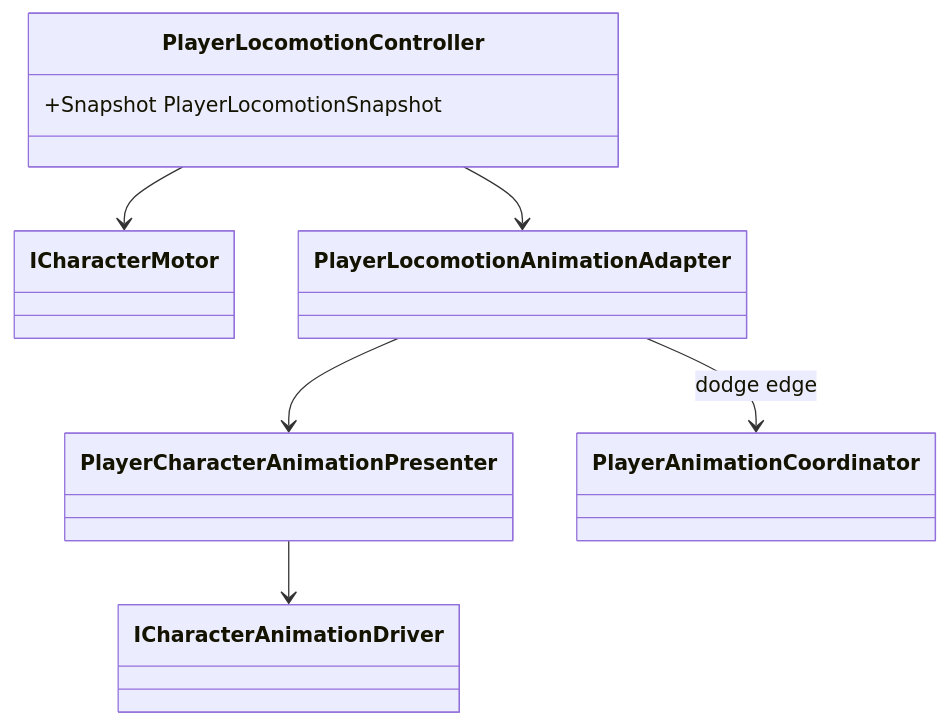
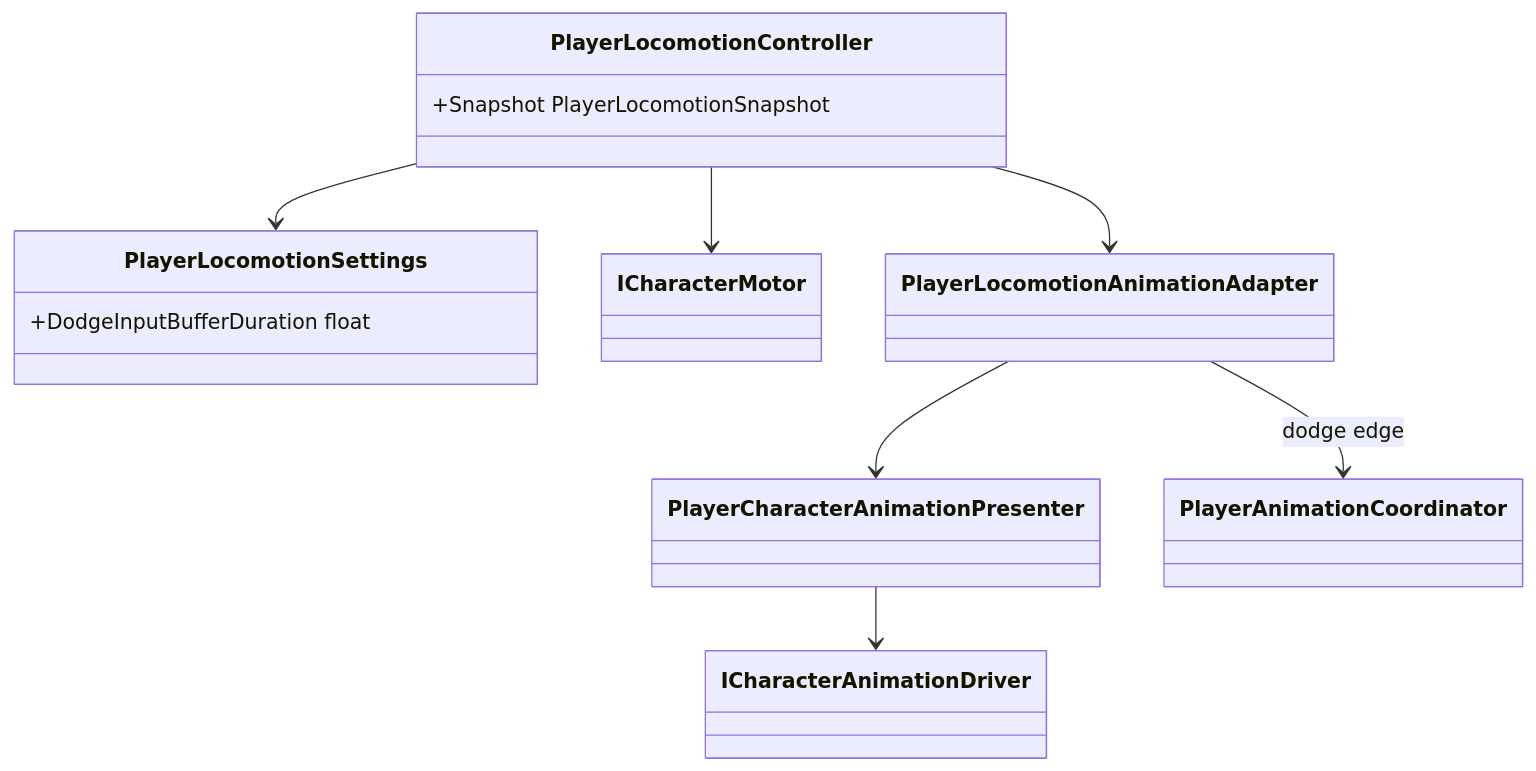
One commit to MaximFonariuc/project-s changed the diagram in Assets/_App/Core/Runtime/Character/Locomotion/README.md. Above: the diagram before and after it, drawn with Mermaid. The commit also changed other lines of this file and 5 other files, not shown here.

Commit message:
feat(locomotion): buffer dodge requests

````diff
--- a/Assets/_App/Core/Runtime/Character/Locomotion/README.md
+++ b/Assets/_App/Core/Runtime/Character/Locomotion/README.md
@@ -6,17 +6,21 @@
 ```mermaid
 classDiagram
     class PlayerLocomotionController {
         +Snapshot PlayerLocomotionSnapshot
+    }
+    class PlayerLocomotionSettings {
+        +DodgeInputBufferDuration float
     }
     class ICharacterMotor
     class PlayerLocomotionAnimationAdapter
     class PlayerCharacterAnimationPresenter
     class PlayerAnimationCoordinator
     class ICharacterAnimationDriver
 
     PlayerLocomotionController --> ICharacterMotor
+    PlayerLocomotionController --> PlayerLocomotionSettings
     PlayerLocomotionController --> PlayerLocomotionAnimationAdapter
     PlayerLocomotionAnimationAdapter --> PlayerCharacterAnimationPresenter
     PlayerLocomotionAnimationAdapter --> PlayerAnimationCoordinator : dodge edge
     PlayerCharacterAnimationPresenter --> ICharacterAnimationDriver
 ```
````
